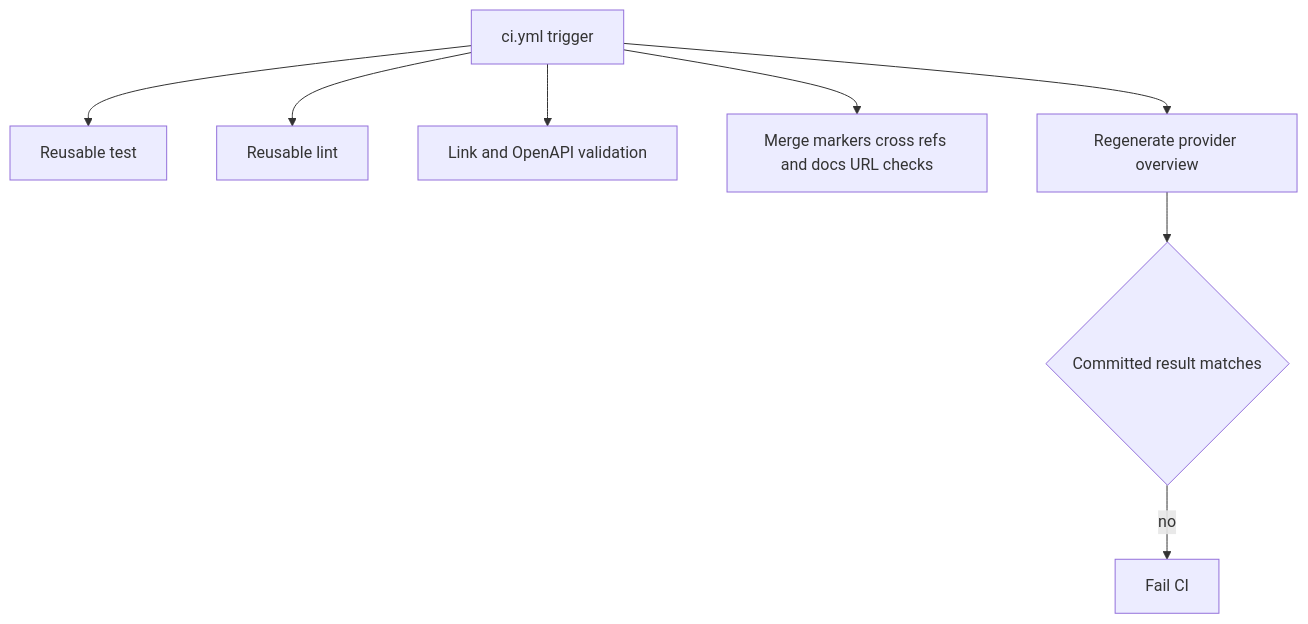
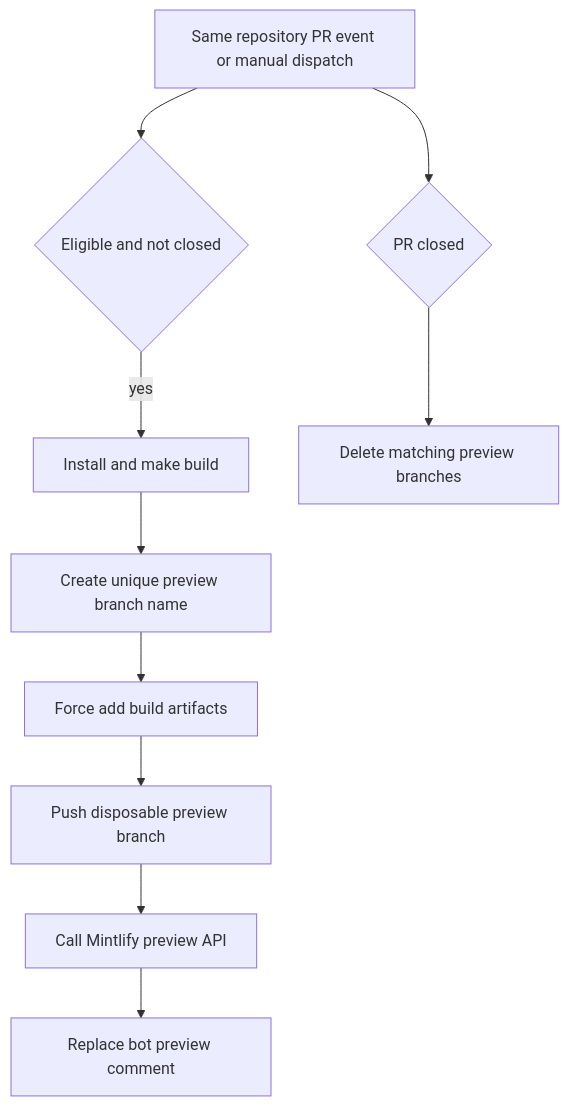
The second of 2 diagrams in openwiki/integrations/github-actions.md (langchain-ai/docs), drawn with Mermaid before and after one commit. The commit also changed other lines of this file and 17 other files, not shown here.

````diff
--- a/openwiki/integrations/github-actions.md
+++ b/openwiki/integrations/github-actions.md
@@ -83,10 +113,12 @@
 ```mermaid
 flowchart TD
-  CI["ci.yml trigger"] --> Test["Reusable test"]
-  CI --> Lint["Reusable lint"]
-  CI --> Links["Link and OpenAPI validation"]
-  CI --> Static["Merge markers cross refs and docs URL checks"]
-  CI --> Generated["Regenerate provider overview"]
-  Generated --> Match{"Committed result matches"}
-  Match -->|"no"| Fail["Fail CI"]
+  Event["Same repository PR event or manual dispatch"] --> Gate{"Eligible and not closed"}
+  Gate -->|"yes"| Build["Install and make build"]
+  Build --> Name["Create unique preview branch name"]
+  Name --> Artifact["Force add build artifacts"]
+  Artifact --> Push["Push disposable preview branch"]
+  Push --> Deploy["Call Mintlify preview API"]
+  Deploy --> Comment["Replace bot preview comment"]
+  Event --> Closed{"PR closed"}
+  Closed --> Cleanup["Delete matching preview branches"]
 ```
````
